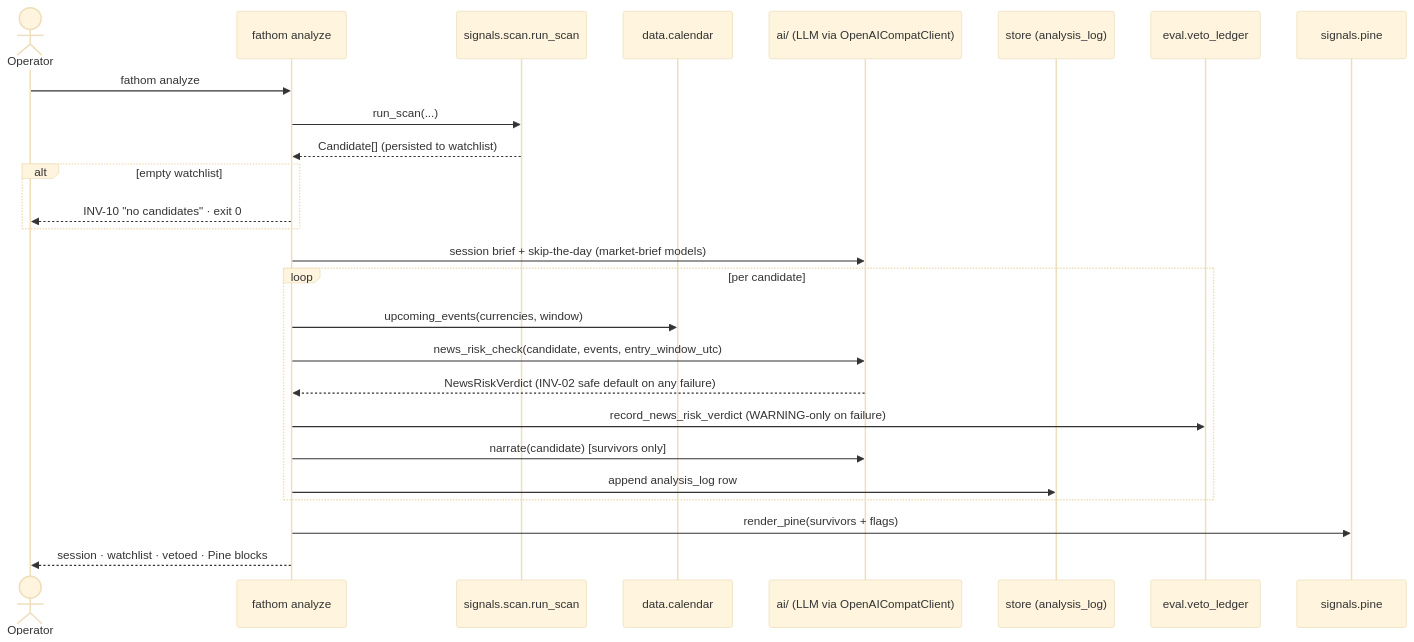
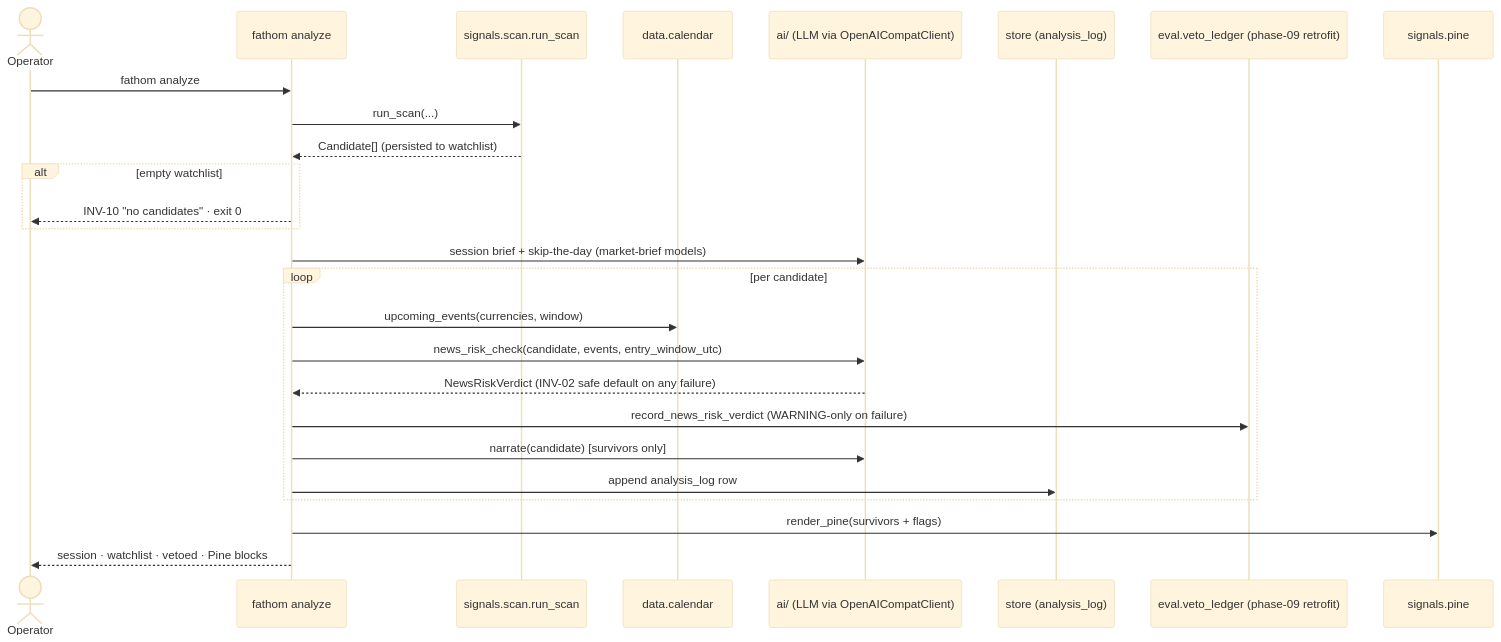
Before and after one commit to saambaby/fathom: the diagram in docs/features/analyze-command.md, drawn with Mermaid (base theme). The commit also changed other lines of this file and 4 other files, not shown here.

````diff
--- a/docs/features/analyze-command.md
+++ b/docs/features/analyze-command.md
@@ -69,29 +80,29 @@
 ```mermaid
 sequenceDiagram
     actor Op as Operator
     participant CLI as fathom analyze
     participant SCAN as signals.scan.run_scan
     participant CAL as data.calendar
     participant AI as ai/ (LLM via OpenAICompatClient)
     participant ST as store (analysis_log)
-    participant LEDGER as eval.veto_ledger
+    participant LEDGER as eval.veto_ledger (phase-09 retrofit)
     participant PINE as signals.pine
 
     Op->>CLI: fathom analyze
     CLI->>SCAN: run_scan(...)
     SCAN-->>CLI: Candidate[] (persisted to watchlist)
     alt empty watchlist
         CLI-->>Op: INV-10 "no candidates" · exit 0
     end
     CLI->>AI: session brief + skip-the-day (market-brief models)
     loop per candidate
         CLI->>CAL: upcoming_events(currencies, window)
         CLI->>AI: news_risk_check(candidate, events, entry_window_utc)
         AI-->>CLI: NewsRiskVerdict (INV-02 safe default on any failure)
         CLI->>LEDGER: record_news_risk_verdict (WARNING-only on failure)
         CLI->>AI: narrate(candidate) [survivors only]
         CLI->>ST: append analysis_log row
     end
     CLI->>PINE: render_pine(survivors + flags)
     CLI-->>Op: session · watchlist · vetoed · Pine blocks
 ```
````
